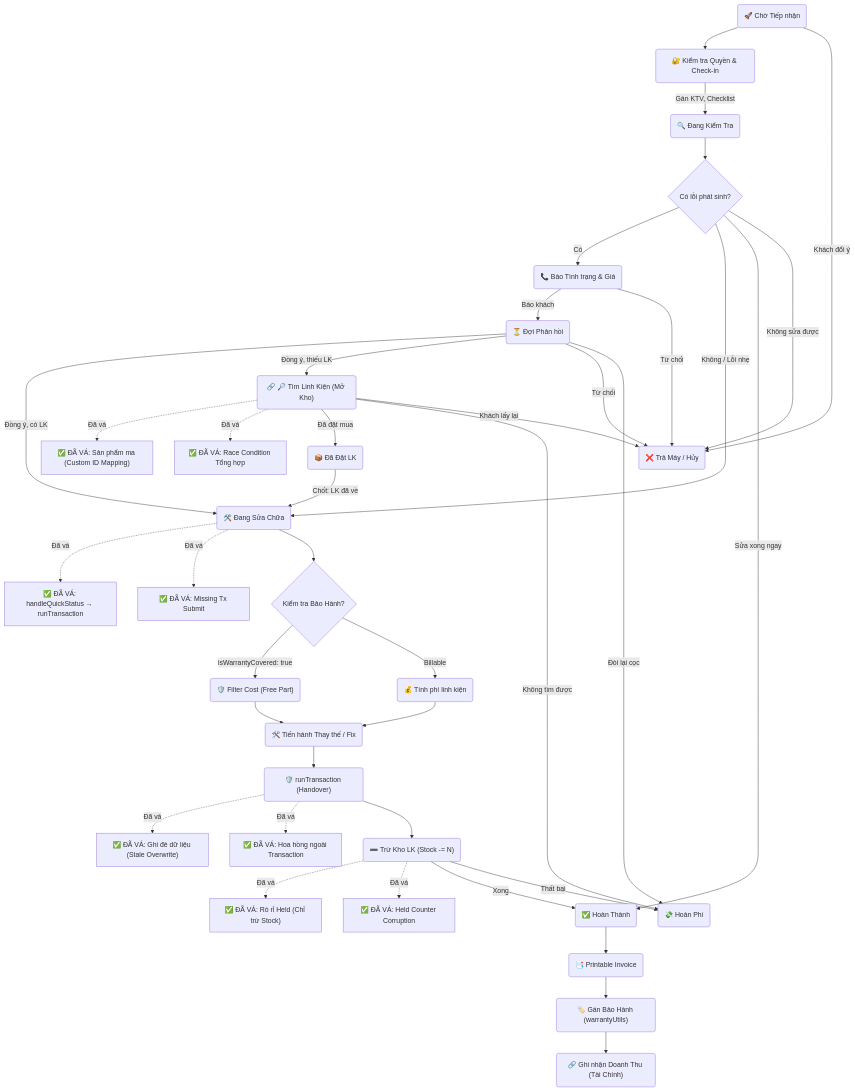
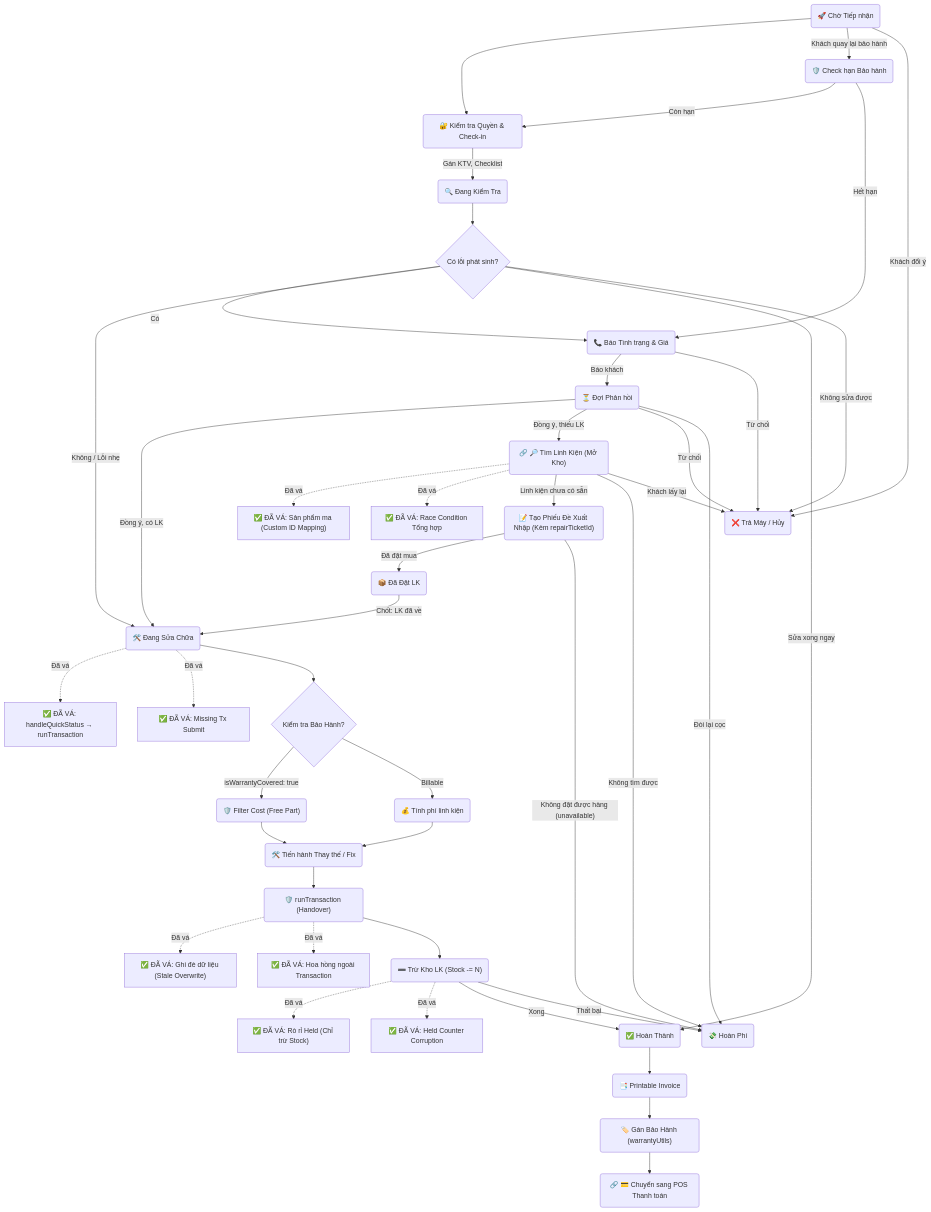
The first of 2 diagrams in roadmap/ai/modules/repair.md (thucdang0604/QLCH_VanLanh), drawn with Mermaid before and after one commit. The commit also changed other lines of this file and 12 other files, not shown here.

Commit message:
docs: update roadmap workflow registry

````diff
--- a/roadmap/ai/modules/repair.md
+++ b/roadmap/ai/modules/repair.md
@@ -9,52 +11,58 @@
 ```mermaid
 graph TD
             A("🚀 Chờ Tiếp nhận") --> A1("🔐 Kiểm tra Quyền & Check-in")
+            A -->|"Khách quay lại bảo hành"| WAR_CLAIM("🛡️ Check hạn Bảo hành")
+            WAR_CLAIM -->|"Còn hạn"| A1
+            WAR_CLAIM -->|"Hết hạn"| C
             A1 -->|"Gán KTV, Checklist"| B("🔍 Đang Kiểm Tra")
             A -->|"Khách đổi ý"| OUT("❌ Trả Máy / Hủy")
             B --> B1{"Có lỗi phát sinh?"}
             B1 -->|"Có"| C("📞 Báo Tình trạng & Giá")
             B1 -->|"Không / Lỗi nhẹ"| D("🛠️ Đang Sửa Chữa")
             B1 -->|"Sửa xong ngay"| DONE("✅ Hoàn Thành")
             B1 -->|"Không sửa được"| OUT
             C -->|"Báo khách"| E("⏳ Đợi Phản hồi")
             C -->|"Từ chối"| OUT
             E -->|"Đồng ý, có LK"| D
             D -.->|Đã vá| BUG_REP_004["✅ ĐÃ VÁ: handleQuickStatus → runTransaction"]
             D -.->|Đã vá| BUG_REP_006["✅ ĐÃ VÁ: Missing Tx Submit"]
             E -->|"Đồng ý, thiếu LK"| F("🔗 🔎 Tìm Linh Kiện (Mở Kho)")
             F -.->|Đã vá| BUG_REP_003["✅ ĐÃ VÁ: Sản phẩm ma (Custom ID Mapping)"]
             F -.->|Đã vá| BUG_REP_005["✅ ĐÃ VÁ: Race Condition Tổng hợp"]
             E -->|"Từ chối"| OUT
             E -->|"Đòi lại cọc"| REFUND("💸 Hoàn Phí")
-            F -->|"Đã đặt mua"| G("📦 Đã Đặt LK")
+            F -->|"Linh kiện chưa có sẵn"| F_PROP("📝 Tạo Phiếu Đề Xuất Nhập (Kèm repairTicketId)")
+            F_PROP -->|"Đã đặt mua"| G("📦 Đã Đặt LK")
+            F_PROP -->|"Không đặt được hàng (unavailable)"| REFUND
             F -->|"Không tìm được"| REFUND
             F -->|"Khách lấy lại"| OUT
             G -->|"Chốt: LK đã về"| D
             D --> D1{"Kiểm tra Bảo Hành?"}
             D1 -->|"isWarrantyCovered: true"| D2("🛡️ Filter Cost (Free Part)")
             D1 -->|"Billable"| D3("💰 Tính phí linh kiện")
             D2 --> D4("🛠️ Tiến hành Thay thế / Fix")
             D3 --> D4
             D4 --> D5("🛡️ runTransaction (Handover)")
             D5 -.->|Đã vá| BUG_REP_002["✅ ĐÃ VÁ: Ghi đè dữ liệu (Stale Overwrite)"]
             D5 -.->|Đã vá| BUG_REP_001["✅ ĐÃ VÁ: Hoa hồng ngoài Transaction"]
             D5 --> D6("➖ Trừ Kho LK (Stock -= N)")
             D6 -.->|Đã vá| BUG_INV_006["✅ ĐÃ VÁ: Rò rỉ Held (Chỉ trừ Stock)"]
             D6 -.->|Đã vá| BUG_REP_007["✅ ĐÃ VÁ: Held Counter Corruption"]
             D6 -->|"Xong"| DONE
             D6 -->|"Thất bại"| REFUND
             DONE --> DONE_INV("📑 Printable Invoice")
             DONE_INV --> DONE_WAR("🏷️ Gán Bảo Hành (warrantyUtils)")
-            DONE_WAR --> DONE_FIN("🔗 Ghi nhận Doanh Thu (Tài Chính)")
-            %% Liên kết chuyển trang cho node Tìm Linh Kiện
+            DONE_WAR --> POS_PAY("🔗 💳 Chuyển sang POS Thanh toán")
+            %% Liên kết chuyển trang cho node Tìm Linh Kiện và POS
             click F call handleWorkflowClick("inventory") "Mở Sơ đồ Luồng Kho"
-            click DONE_FIN call handleWorkflowClick("finance-hr") "Mở Sơ đồ Tài Chính"
+            click POS_PAY call handleWorkflowClick("pos-orders") "Mở Sơ đồ POS & Đơn hàng"
             click BUG_REP_001 call handleBugClick("BUG-REP-001") "Mở chi tiết"
             click BUG_REP_002 call handleBugClick("BUG-REP-002") "Mở chi tiết"
             click BUG_REP_003 call handleBugClick("BUG-REP-003") "Mở chi tiết"
             click BUG_REP_004 call handleBugClick("BUG-REP-004") "Mở chi tiết"
             click BUG_INV_006 call handleBugClick("BUG-INV-006") "Mở chi tiết"
             click BUG_REP_005 call handleBugClick("BUG-REP-005") "Mở chi tiết"
             click BUG_REP_006 call handleBugClick("BUG-REP-006") "Mở chi tiết"
             click BUG_REP_007 call handleBugClick("BUG-REP-007") "Mở chi tiết"
+            click F_PROP call handleMasterNodeClick("F_PROP")
 ```
````
